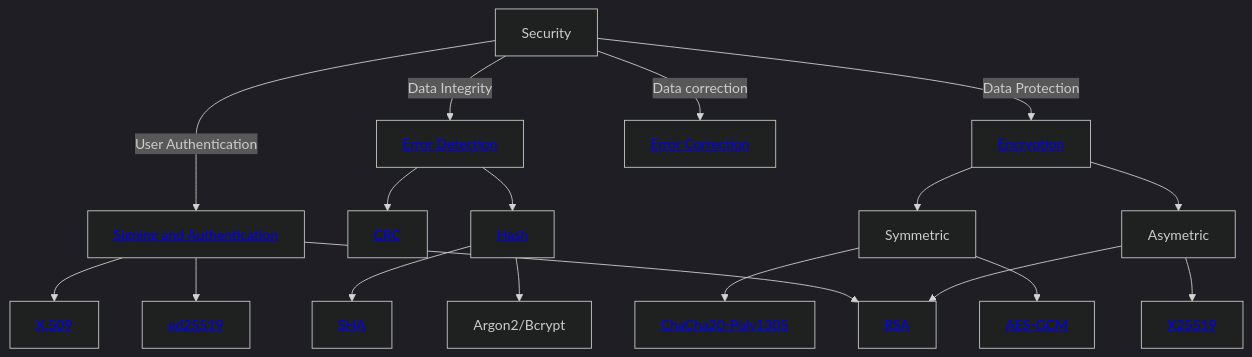
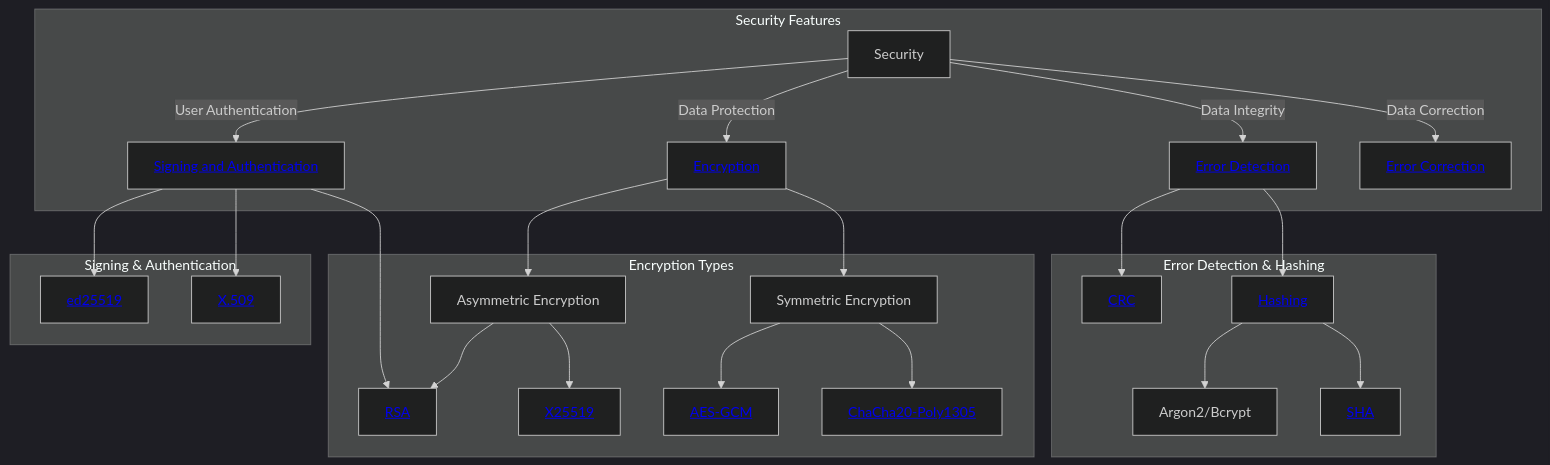
One commit to maneesh29s/digital-garden-notes changed the diagram in Security/README.md. Above: the diagram before and after it, drawn with Mermaid (dark theme).

Commit message:
Update mermaid diagram in security

`````diff
--- a/Security/README.md
+++ b/Security/README.md
@@ -16,43 +16,98 @@
 ````mermaid
 flowchart TD
 
-A[Security] 
-B["<a class='internal-link' href='./encryption'>Encryption</a>"]
-C["<a class='internal-link ' href='./error_detection'>Error Detection</a>"]
-D["<a class='internal-link' href='./signature_authentication'>Signing and Authentication</a>"]
-E["<a class='internal-link' href='./rsa'>RSA</a>"]
-F["<a class='internal-link' href='./dh#ECDH'>X25519</a>"]
-H[Argon2/Bcrypt]
-I["<a class='internal-link' href='./sha'>SHA</a>"]
-J["<a class='internal-link' href='./crc'>CRC</a>"]
-L["<a class='internal-link' href='./dh#ECDSA'>ed25519</a>"]
-HC["<a class='internal-link' href='./error_correction'>Error Correction</a>"]
 
-SYM[Symmetric]
-ASYM[Asymetric]
-AES["<a class='internal-link' href='./aes'>AES-GCM</a>"]
-CHA["<a class='internal-link' href='./chacha'>ChaCha20-Poly1305</a>"]
-HASH["<a class='internal-link' href='./hashing'>Hash</a>"]
-X509["<a class='internal-link' href='./x_509'>X.509</a>"]
+%% Variable Definitions
 
-A -->|Data Protection| B
+SECURITY[Security]
 
-A -->|Data Integrity| C
+ENCRYPTION["<a class='internal-link' href='./encryption'>Encryption</a>"]
 
-A -->|User Authentication| D 
-D --> E
-D --> L
-D --> X509
+ERROR_DETECTION["<a class='internal-link ' href='./error_detection'>Error Detection</a>"]
 
-A -->|Data correction| HC
+SIGN_AUTH["<a class='internal-link' href='./signature_authentication'>Signing and Authentication</a>"]
 
-B --> ASYM --> E
-ASYM --> F
-B --> SYM --> AES
-SYM --> CHA
+RSA["<a class='internal-link' href='./rsa'>RSA</a>"]
 
-C --> HASH
-C --> J
-HASH --> H
-HASH --> I
+X25519["<a class='internal-link' href='./dh#ECDH'>X25519</a>"]
+
+ARGON_BCRYPT[Argon2/Bcrypt]
+
+SHA["<a class='internal-link' href='./sha'>SHA</a>"]
+
+CRC["<a class='internal-link' href='./crc'>CRC</a>"]
+
+ED25519["<a class='internal-link' href='./dh#ECDSA'>ed25519</a>"]
+
+ERROR_CORRECTION["<a class='internal-link' href='./error_correction'>Error Correction</a>"]
+
+  
+
+SYMMETRIC[Symmetric Encryption]
+
+ASYMMETRIC[Asymmetric Encryption]
+
+AES_GCM["<a class='internal-link' href='./aes'>AES-GCM</a>"]
+
+CHACHA["<a class='internal-link' href='./chacha'>ChaCha20-Poly1305</a>"]
+
+HASHING["<a class='internal-link' href='./hashing'>Hashing</a>"]
+
+X509_CERT["<a class='internal-link' href='./x_509'>X.509</a>"]
+
+  
+
+%% Grouping related nodes with subgraphs
+
+subgraph security_features ["Security Features"]
+
+SECURITY -->|Data Protection| ENCRYPTION
+
+SECURITY -->|Data Integrity| ERROR_DETECTION
+
+SECURITY -->|User Authentication| SIGN_AUTH
+
+SECURITY -->|Data Correction| ERROR_CORRECTION
+
+end
+
+  
+
+subgraph encryption_types ["Encryption Types"]
+
+ENCRYPTION --> ASYMMETRIC --> RSA
+
+ASYMMETRIC --> X25519
+
+ENCRYPTION --> SYMMETRIC --> AES_GCM
+
+SYMMETRIC --> CHACHA
+
+end
+
+  
+
+subgraph error_detection_group ["Error Detection & Hashing"]
+
+ERROR_DETECTION --> HASHING
+
+ERROR_DETECTION --> CRC
+
+HASHING --> ARGON_BCRYPT
+
+HASHING --> SHA
+
+end
+
+  
+
+subgraph signing_and_authentication ["Signing & Authentication"]
+
+SIGN_AUTH --> RSA
+
+SIGN_AUTH --> ED25519
+
+SIGN_AUTH --> X509_CERT
+
+end
 ````
`````
